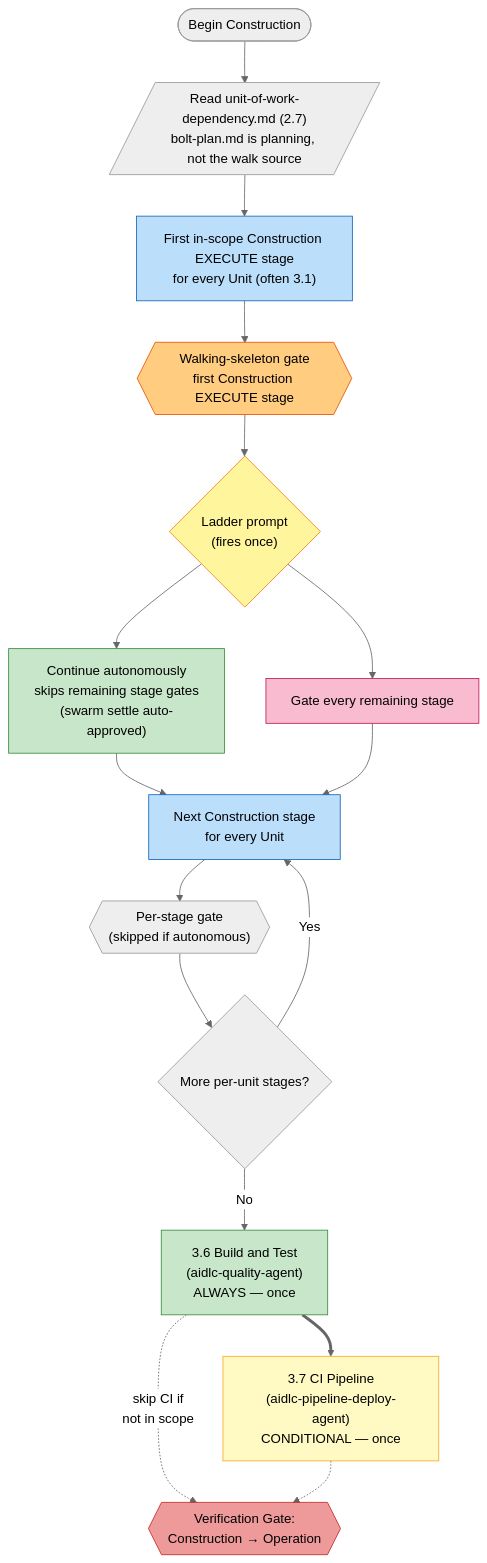
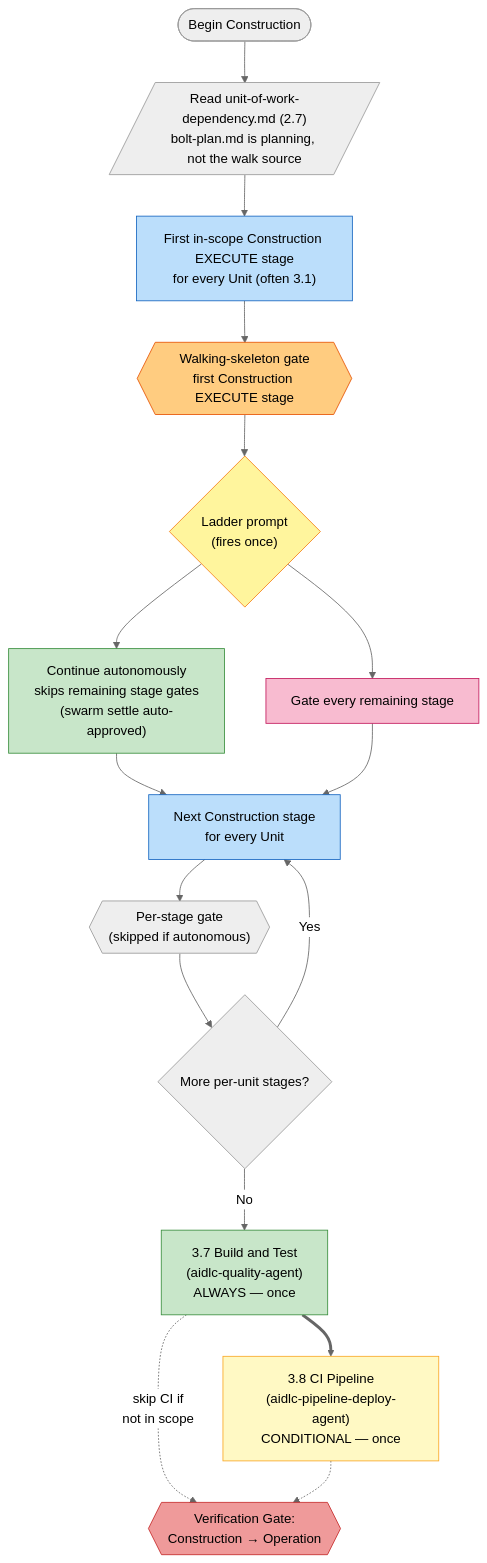
The fourth of 6 diagrams in docs/guide/04-phases-and-stages.md (awslabs/aidlc-workflows), drawn with Mermaid (neutral theme) before and after one commit. The commit also changed other lines of this file and 304 other files, not shown here.

````diff
--- a/docs/guide/04-phases-and-stages.md
+++ b/docs/guide/04-phases-and-stages.md
@@ -238,43 +238,43 @@
 ```mermaid
 flowchart TD
     START(["Begin Construction"])
     READ[/"Read unit-of-work-dependency.md (2.7)\nbolt-plan.md is planning, not the walk source"/]
 
     STAGE1["First in-scope Construction EXECUTE stage\nfor every Unit (often 3.1)"]
     GATE1{{"Walking-skeleton gate\nfirst Construction EXECUTE stage"}}
 
     LADDER{"Ladder prompt\n(fires once)"}
     MODE_AUTO["Continue autonomously\nskips remaining stage gates\n(swarm settle auto-approved)"]
     MODE_GATED["Gate every remaining stage"]
 
     NEXT["Next Construction stage\nfor every Unit"]
     GATE_N{{"Per-stage gate\n(skipped if autonomous)"}}
     MORE{"More per-unit stages?"}
 
-    S36["3.6 Build and Test\n(aidlc-quality-agent)\nALWAYS — once"]
-    S37["3.7 CI Pipeline\n(aidlc-pipeline-deploy-agent)\nCONDITIONAL — once"]
+    S37["3.7 Build and Test\n(aidlc-quality-agent)\nALWAYS — once"]
+    S38["3.8 CI Pipeline\n(aidlc-pipeline-deploy-agent)\nCONDITIONAL — once"]
     VG3{{"Verification Gate:\nConstruction → Operation"}}
 
     START --> READ --> STAGE1 --> GATE1 --> LADDER
     LADDER --> MODE_AUTO
     LADDER --> MODE_GATED
     MODE_AUTO --> NEXT
     MODE_GATED --> NEXT
     NEXT --> GATE_N
     GATE_N --> MORE
     MORE -->|"Yes"| NEXT
-    MORE -->|"No"| S36
-    S36 ==> S37
-    S36 -.->|"skip CI if\nnot in scope"| VG3
-    S37 -.-> VG3
+    MORE -->|"No"| S37
+    S37 ==> S38
+    S37 -.->|"skip CI if\nnot in scope"| VG3
+    S38 -.-> VG3
 
     style STAGE1 fill:#bbdefb,stroke:#1565c0
     style GATE1 fill:#ffcc80,stroke:#e65100
     style LADDER fill:#fff59d,stroke:#f57f17
     style MODE_AUTO fill:#c8e6c9,stroke:#388e3c
     style MODE_GATED fill:#f8bbd0,stroke:#c2185b
     style NEXT fill:#bbdefb,stroke:#1565c0
-    style S36 fill:#c8e6c9,stroke:#388e3c
-    style S37 fill:#fff9c4,stroke:#f9a825
+    style S37 fill:#c8e6c9,stroke:#388e3c
+    style S38 fill:#fff9c4,stroke:#f9a825
     style VG3 fill:#ef9a9a,stroke:#c62828
 ```
````
